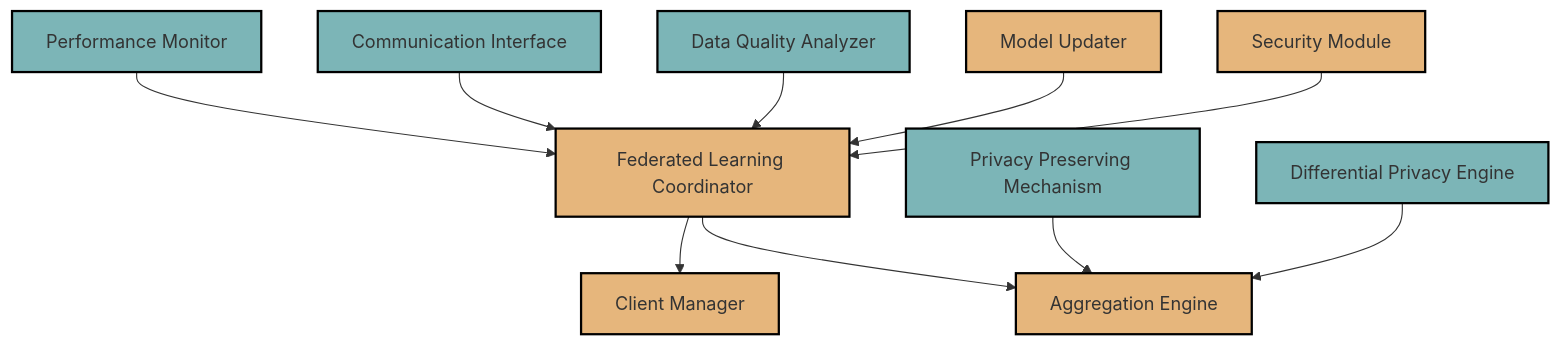
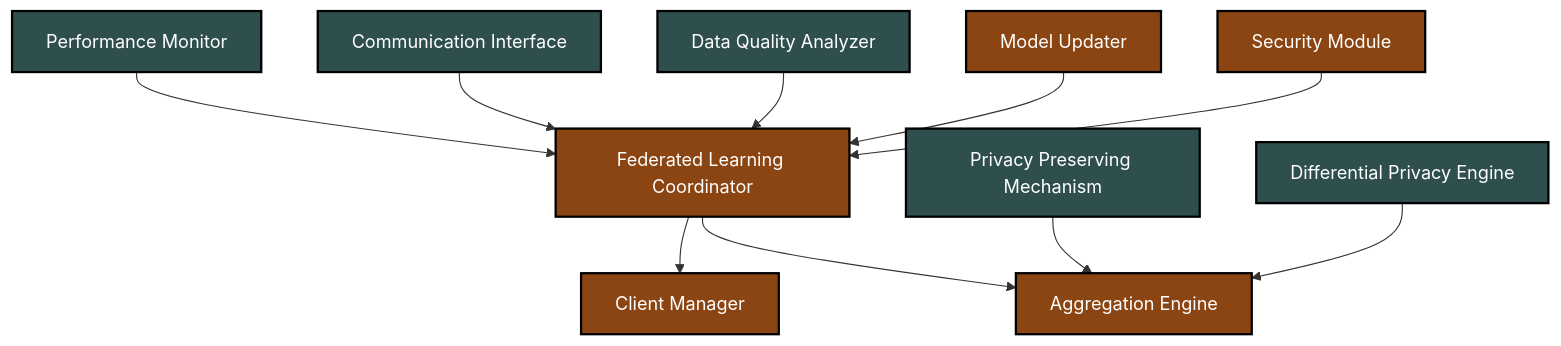
One commit to doziestar/EdgeAIForge changed the diagram in crates/federated-learning/README.md. Above: the diagram before and after it, drawn with Mermaid.

````diff
--- a/crates/federated-learning/README.md
+++ b/crates/federated-learning/README.md
@@ -9,18 +9,18 @@
 ```mermaid
 graph TB
     A[Federated Learning Coordinator] --> B[Aggregation Engine]
     A --> C[Client Manager]
     D[Security Module] --> A
     E[Model Updater] --> A
     F[Data Quality Analyzer] --> A
     G[Communication Interface] --> A
     H[Performance Monitor] --> A
     I[Privacy Preserving Mechanism] --> B
     J[Differential Privacy Engine] --> B
 
-    classDef core fill:#e6b67c,stroke:#000,stroke-width:2px;
-    classDef auxiliary fill:#7cb5b7,stroke:#000,stroke-width:2px;
+   classDef core fill:#8B4513,stroke:#000,stroke-width:2px,color:#fff;
+    classDef auxiliary fill:#2F4F4F,stroke:#000,stroke-width:2px,color:#fff;
 
     class A,B,C,D,E core;
     class F,G,H,I,J auxiliary;
 ```
````
